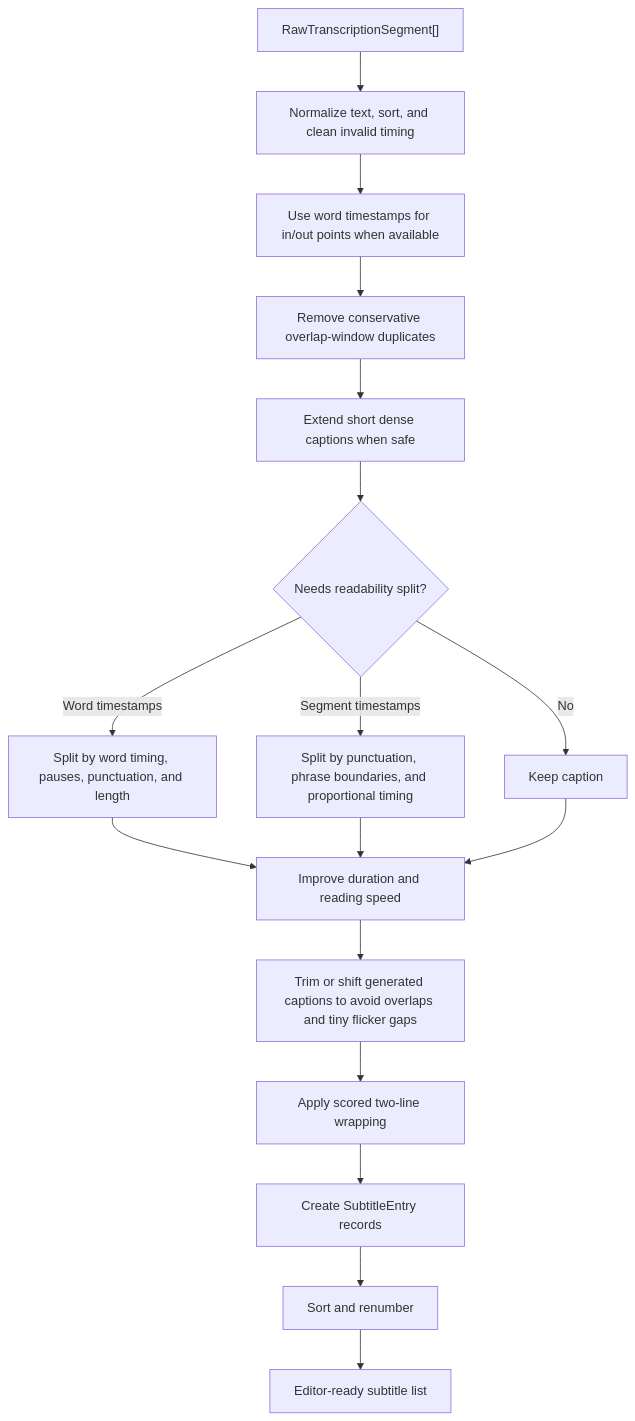
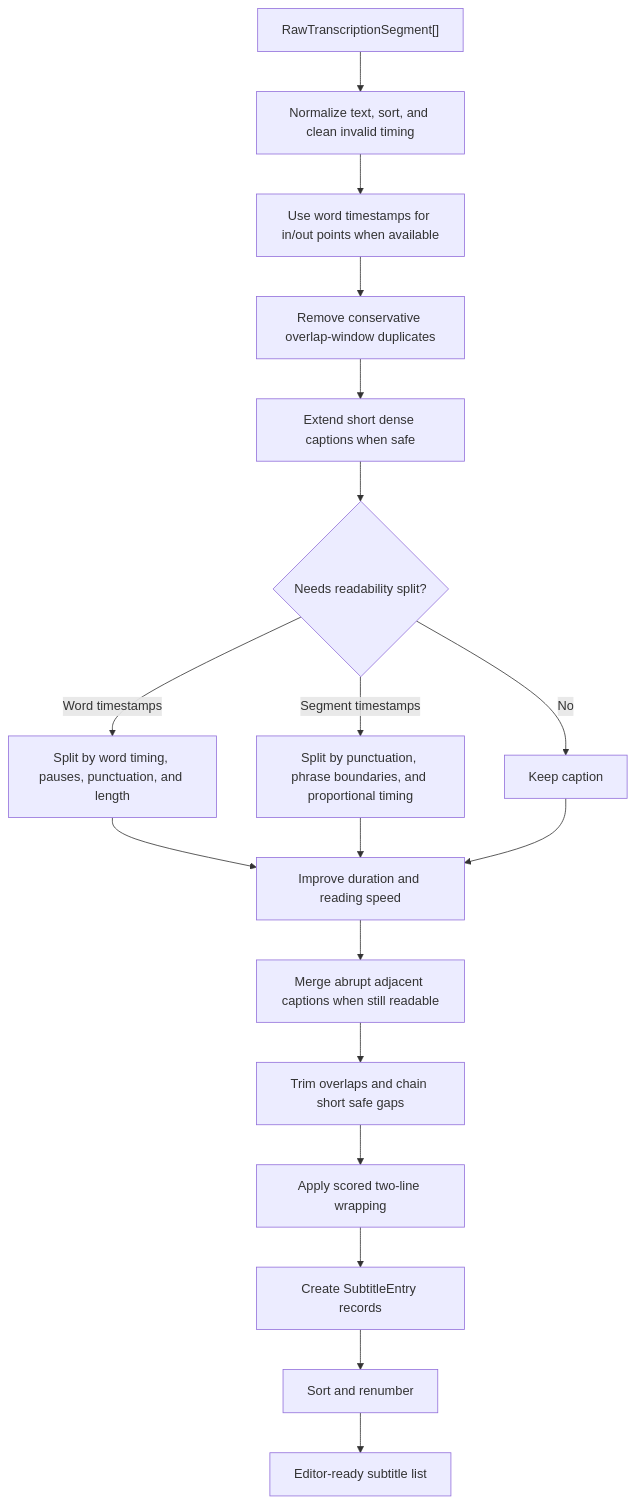
The eighth of 17 diagrams in docs/project-state.md (zxyandreay/auto-subtitle), drawn with Mermaid before and after one commit. The commit also changed other lines of this file and 3 other files, not shown here.

First line of the commit message:
fix(subtitles): smooth generated caption cuts

````diff
--- a/docs/project-state.md
+++ b/docs/project-state.md
@@ -621,19 +621,20 @@
 ```mermaid
 flowchart TD
     Raw["RawTranscriptionSegment[]"] --> Normalize["Normalize text, sort, and clean invalid timing"]
     Normalize --> WordTiming["Use word timestamps for in/out points when available"]
     WordTiming --> Dedupe["Remove conservative overlap-window duplicates"]
     Dedupe --> Extend["Extend short dense captions when safe"]
     Extend --> Split{"Needs readability split?"}
     Split -->|Word timestamps| WordSplit["Split by word timing, pauses, punctuation, and length"]
     Split -->|Segment timestamps| SegmentSplit["Split by punctuation, phrase boundaries, and proportional timing"]
     Split -->|No| Keep["Keep caption"]
     WordSplit --> ReadingSpeed["Improve duration and reading speed"]
     SegmentSplit --> ReadingSpeed
     Keep --> ReadingSpeed
-    ReadingSpeed --> Overlap["Trim or shift generated captions to avoid overlaps and tiny flicker gaps"]
+    ReadingSpeed --> SmoothCuts["Merge abrupt adjacent captions when still readable"]
+    SmoothCuts --> Overlap["Trim overlaps and chain short safe gaps"]
     Overlap --> Lines["Apply scored two-line wrapping"]
     Lines --> MakeEntries["Create SubtitleEntry records"]
     MakeEntries --> Sort["Sort and renumber"]
     Sort --> Editor["Editor-ready subtitle list"]
 ```
````
